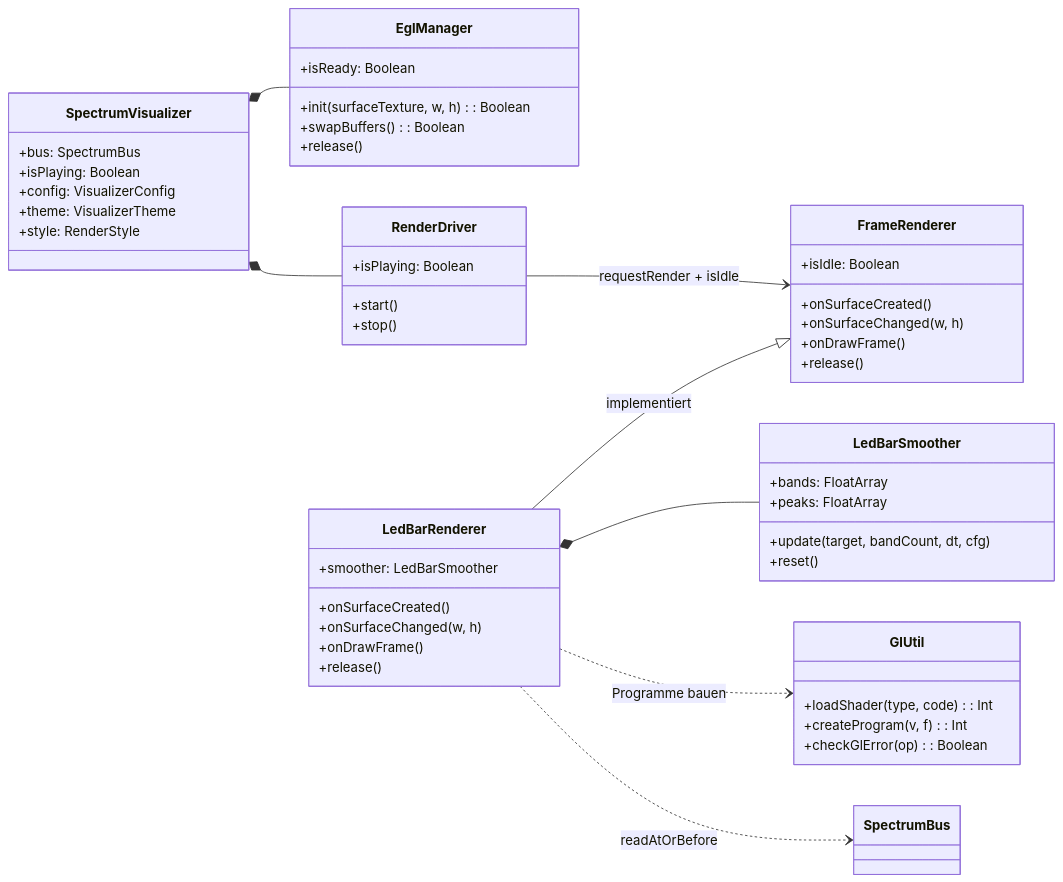
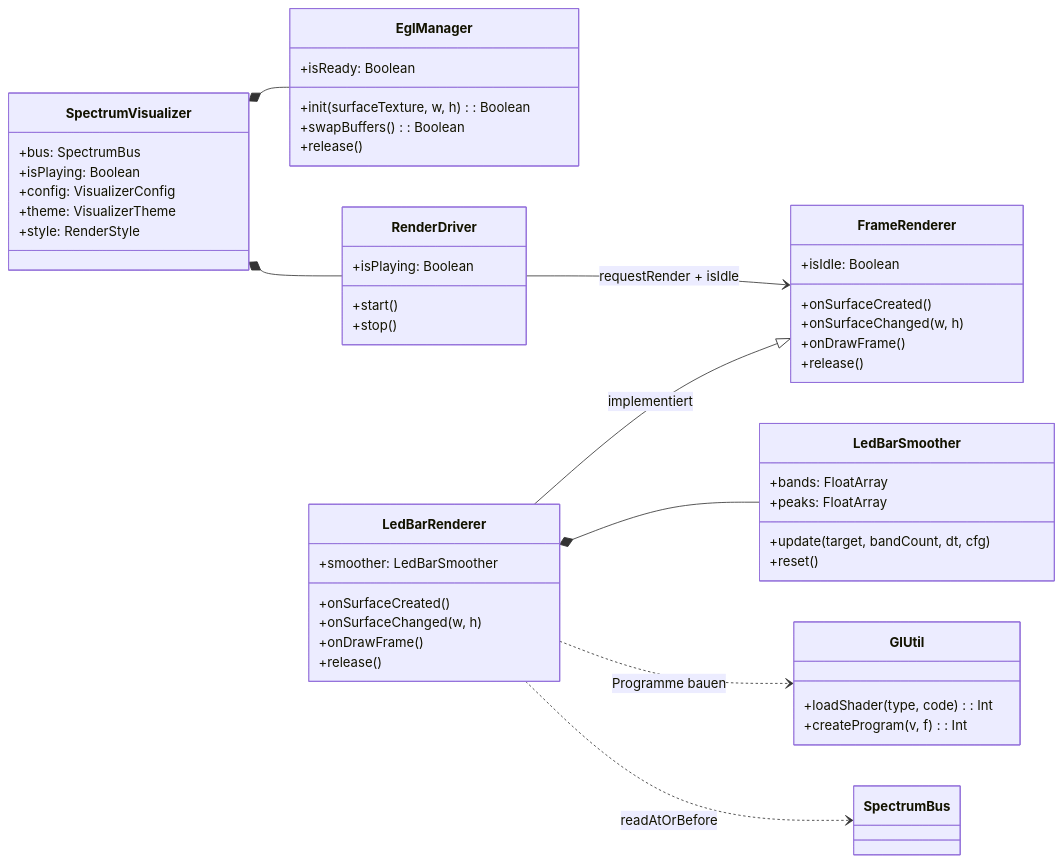
Before and after one commit to codezifer/work: the first of 2 diagrams in Muzzic/visualization/docs/04-rendering-gles.md, drawn with Mermaid. The commit also changed 14 other files, not shown here.

````diff
--- a/Muzzic/visualization/docs/04-rendering-gles.md
+++ b/Muzzic/visualization/docs/04-rendering-gles.md
@@ -8,54 +8,53 @@
 ```mermaid
 classDiagram
     direction LR
     class SpectrumVisualizer {
         +bus: SpectrumBus
         +isPlaying: Boolean
         +config: VisualizerConfig
         +theme: VisualizerTheme
         +style: RenderStyle
     }
     class EglManager {
         +isReady: Boolean
         +init(surfaceTexture, w, h): Boolean
         +swapBuffers(): Boolean
         +release()
     }
     class RenderDriver {
         +isPlaying: Boolean
         +start()
         +stop()
     }
     class FrameRenderer {
         +isIdle: Boolean
         +onSurfaceCreated()
         +onSurfaceChanged(w, h)
         +onDrawFrame()
         +release()
     }
     class LedBarRenderer {
         +smoother: LedBarSmoother
         +onSurfaceCreated()
         +onSurfaceChanged(w, h)
         +onDrawFrame()
         +release()
     }
     class LedBarSmoother {
         +bands: FloatArray
         +peaks: FloatArray
         +update(target, bandCount, dt, cfg)
         +reset()
     }
     class GlUtil {
         +loadShader(type, code): Int
         +createProgram(v, f): Int
-        +checkGlError(op): Boolean
     }
     SpectrumVisualizer *-- EglManager
     SpectrumVisualizer *-- RenderDriver
     RenderDriver --> FrameRenderer: requestRender + isIdle
     LedBarRenderer --|> FrameRenderer: implementiert
     LedBarRenderer *-- LedBarSmoother
     LedBarRenderer ..> GlUtil: Programme bauen
     LedBarRenderer ..> SpectrumBus: readAtOrBefore
 ```
````
